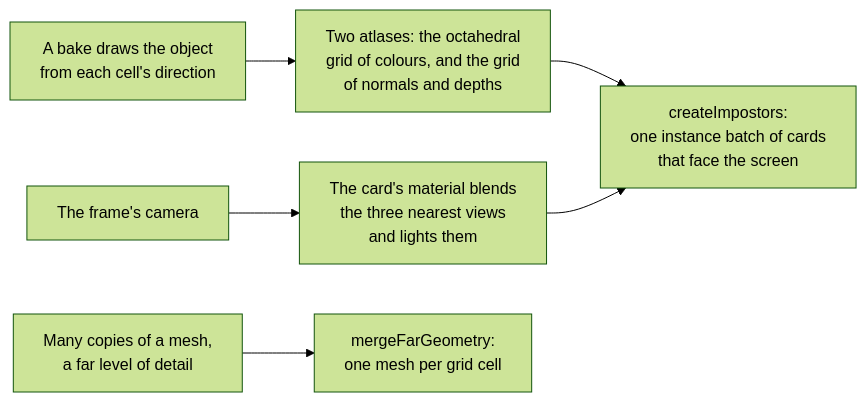
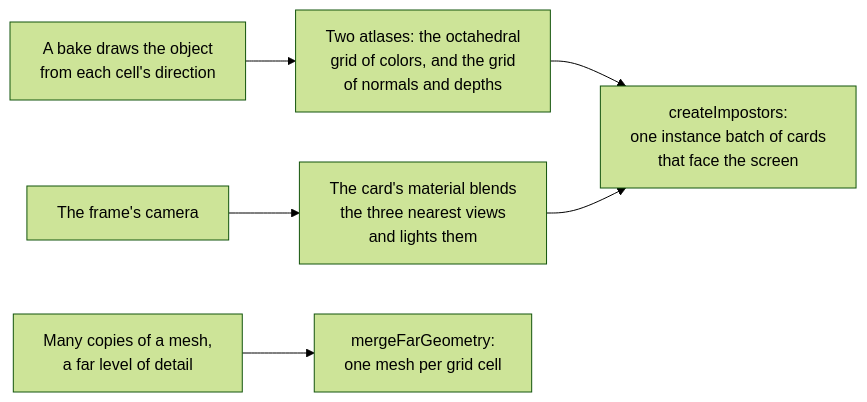
Before and after one commit to null3d-engine/null3d: the diagram in docs/api/impostors.md, drawn with Mermaid (forest theme). The commit also changed 2 other files, not shown here.

Commit message:
docs(impostors): record the two atlases, the blend and the relight
The API page now describes the cards as one instance batch drawn by the
package's material: two atlases, the three views a card blends, the light
it takes from the stored normals, and no per-frame call. The LOD concept
page gives the cards their place beyond the levels, where a distance band
hands an object over to them. The three.js mapping and the D-137 addendum
carry the same change and why the octahedral fold now lives in TypeScript
and in WGSL.

Docs-Checked: rewrote docs/api/impostors.md and added the cards' section to docs/concepts/lod.md; updated the three.js mapping's LOD note and D-137's addendum
Task: M3-L4

````diff
--- a/docs/api/impostors.md
+++ b/docs/api/impostors.md
@@ -15,8 +15,8 @@
 ```mermaid
 flowchart LR
-    views["A bake draws the object<br/>from each cell's direction"] --> atlas["Two atlases: the octahedral<br/>grid of colours, and the grid<br/>of normals and depths"]
+    views["A bake draws the object<br/>from each cell's direction"] --> atlas["Two atlases: the octahedral<br/>grid of colors, and the grid<br/>of normals and depths"]
     atlas --> cards["createImpostors:<br/>one instance batch of cards<br/>that face the screen"]
     eye["The frame's camera"] --> blend["The card's material blends<br/>the three nearest views<br/>and lights them"]
     blend --> cards
     copies["Many copies of a mesh,<br/>a far level of detail"] --> merge["mergeFarGeometry:<br/>one mesh per grid cell"]
 ```
````
